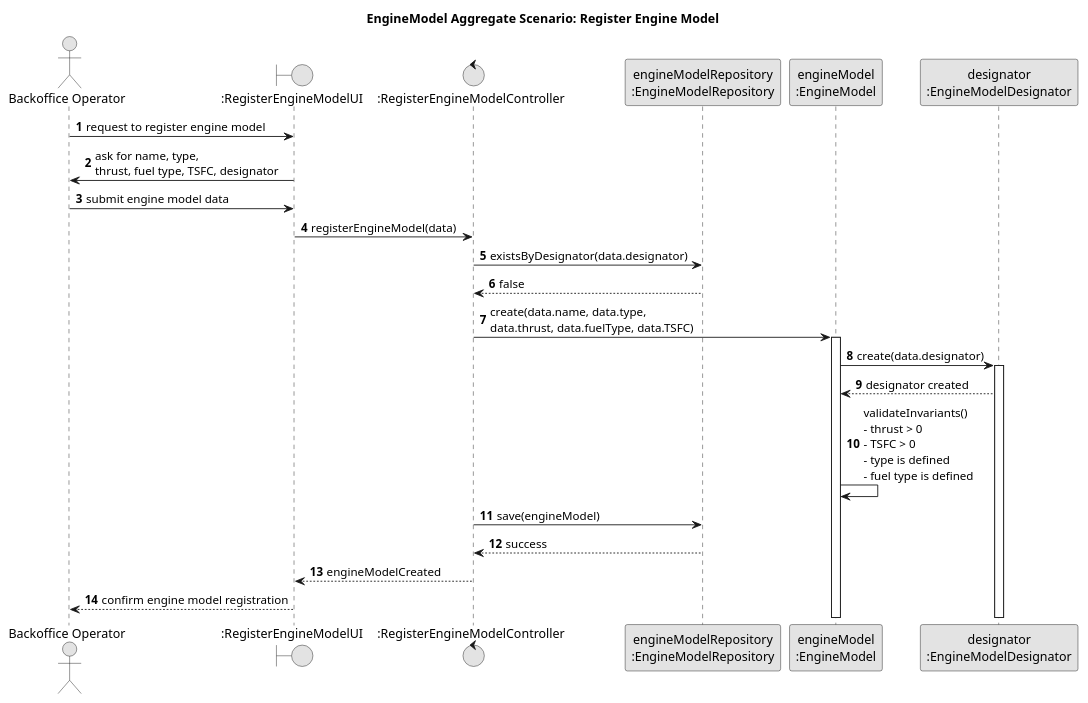
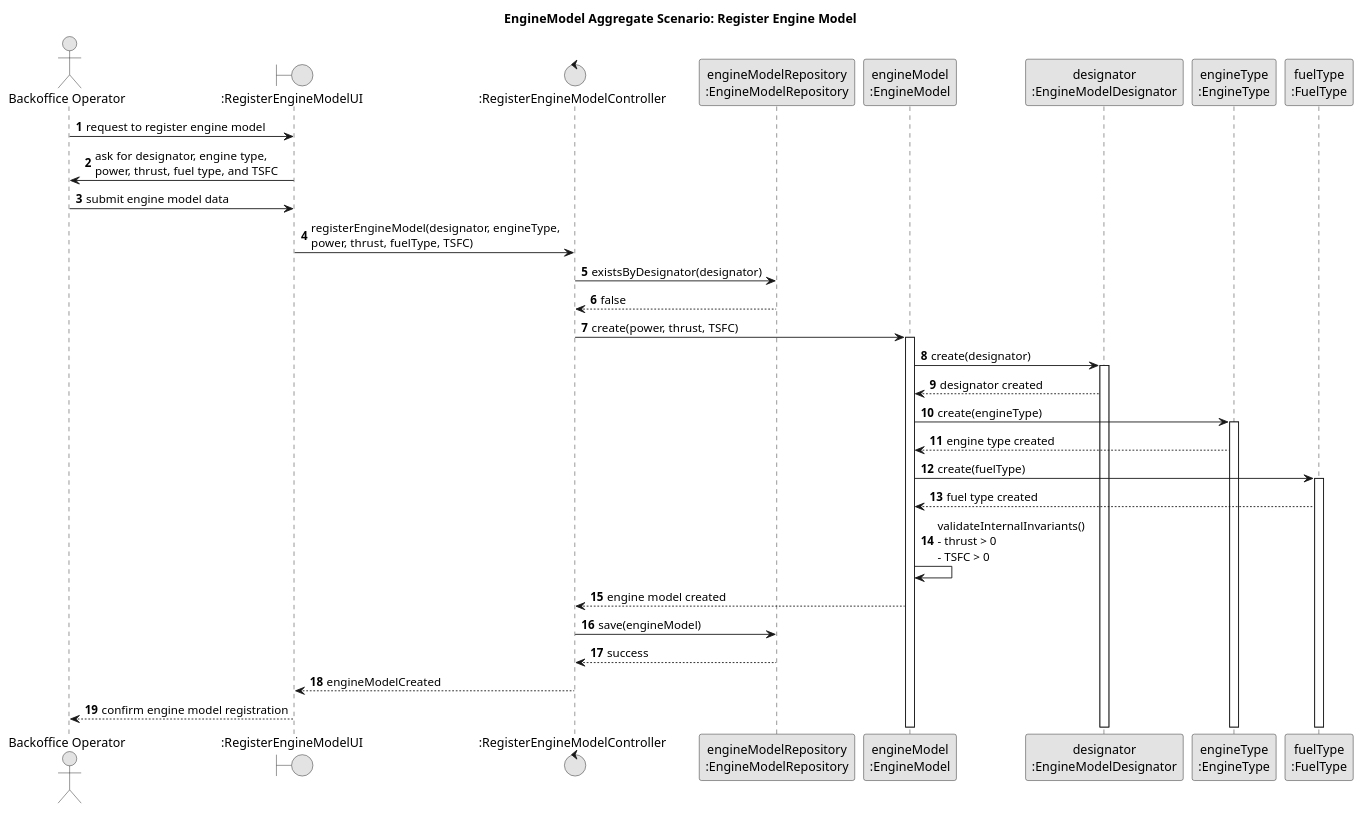
Before and after one commit to GustavoFerreira24/flight-management-platform: the diagram in docs/global-artifacts/03.design/puml/EngineModelAggregate-SD.puml, drawn with PlantUML. The commit also changed 7 other files, not shown here.

Commit message:
US11 (Code & Docs) - Removed "data" and specified all of it from Aircraft, AircraftModel, EngineModel and Manufacturer SD's and clarified responsibilities in documentation [#18][#19]

```diff
--- a/docs/global-artifacts/03.design/puml/EngineModelAggregate-SD.puml
+++ b/docs/global-artifacts/03.design/puml/EngineModelAggregate-SD.puml
@@ -1,39 +1,48 @@
 @startuml
 title EngineModel Aggregate Scenario: Register Engine Model
 
 skinparam monochrome true
 skinparam packageStyle rectangle
 skinparam shadowing false
 
 autonumber
 
 actor "Backoffice Operator" as BO
 boundary ":RegisterEngineModelUI" as UI
 control ":RegisterEngineModelController" as C
 participant "engineModelRepository\n:EngineModelRepository" as EngineRepo
 participant "engineModel\n:EngineModel" as EngineModel
 participant "designator\n:EngineModelDesignator" as Designator
+participant "engineType\n:EngineType" as EngineType
+participant "fuelType\n:FuelType" as FuelType
 
 BO -> UI : request to register engine model
-UI -> BO : ask for name, type,\nthrust, fuel type, TSFC, designator
+UI -> BO : ask for designator, engine type,\npower, thrust, fuel type, and TSFC
 
 BO -> UI : submit engine model data
-UI -> C : registerEngineModel(data)
+UI -> C : registerEngineModel(designator, engineType,\npower, thrust, fuelType, TSFC)
 
-C -> EngineRepo : existsByDesignator(data.designator)
+C -> EngineRepo : existsByDesignator(designator)
 EngineRepo --> C : false
 
-C -> EngineModel ++ : create(data.name, data.type,\ndata.thrust, data.fuelType, data.TSFC)
+C -> EngineModel ++ : create(power, thrust, TSFC)
 
-EngineModel -> Designator ++ : create(data.designator)
+EngineModel -> Designator ++ : create(designator)
 Designator --> EngineModel : designator created
 
-EngineModel -> EngineModel : validateInvariants()\n- thrust > 0\n- TSFC > 0\n- type is defined\n- fuel type is defined
+EngineModel -> EngineType ++ : create(engineType)
+EngineType --> EngineModel : engine type created
+
+EngineModel -> FuelType ++ : create(fuelType)
+FuelType --> EngineModel : fuel type created
+
+EngineModel -> EngineModel : validateInternalInvariants()\n- thrust > 0\n- TSFC > 0
+EngineModel --> C : engine model created
 
 C -> EngineRepo : save(engineModel)
 EngineRepo --> C : success
 
 C --> UI : engineModelCreated
 UI --> BO : confirm engine model registration
 
 @enduml
```
